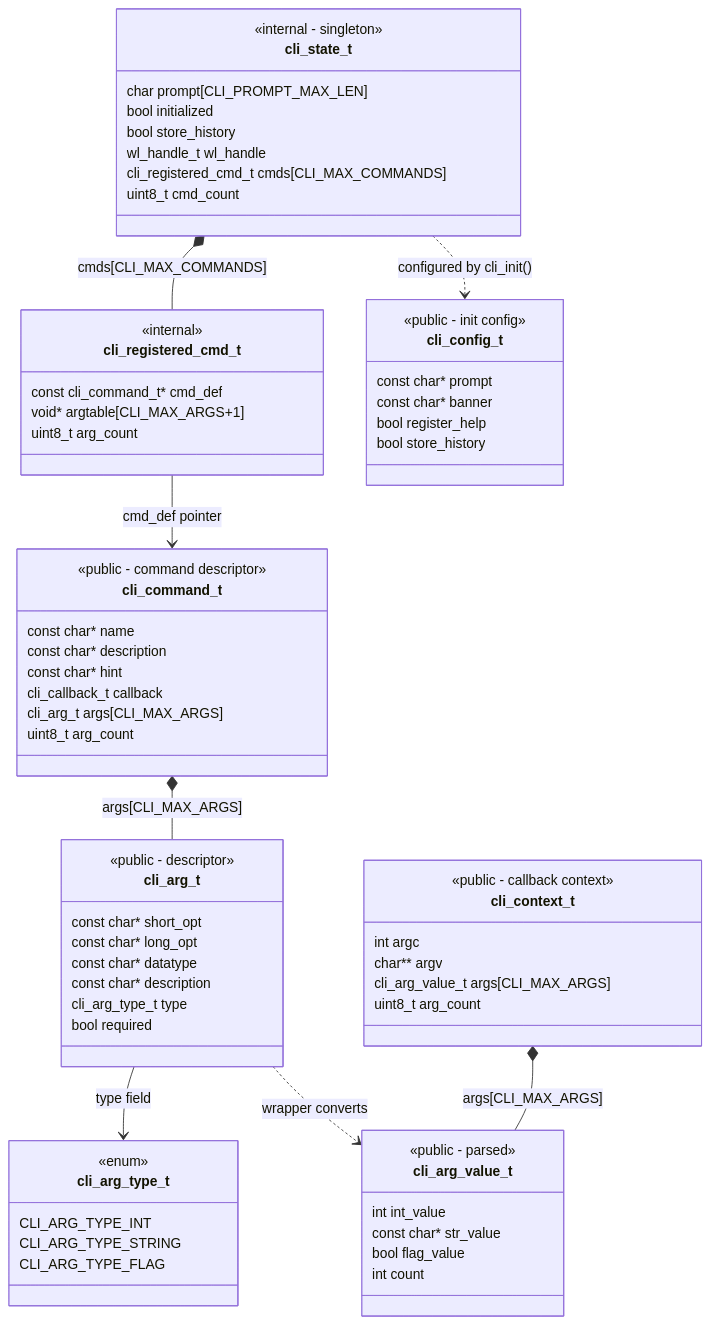
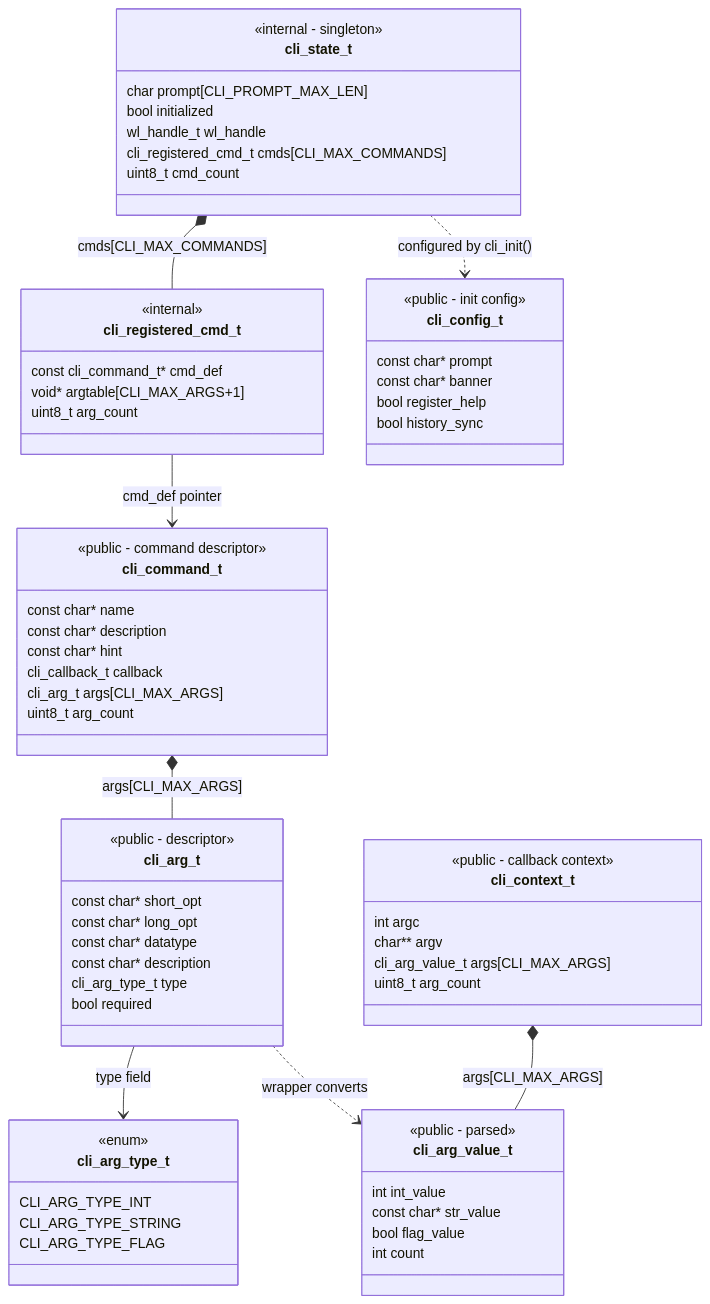
The diagram in README.md (PedroLuisDionisioFraga/esp32s3_cli-api), drawn with Mermaid before and after one commit. The commit also changed other lines of this file and 16 other files, not shown here.

````diff
--- a/README.md
+++ b/README.md
@@ -111,80 +104,79 @@
 ```mermaid
 classDiagram
     direction TB
 
     class cli_arg_type_t {
         <<enum>>
         CLI_ARG_TYPE_INT
         CLI_ARG_TYPE_STRING
         CLI_ARG_TYPE_FLAG
     }
 
     class cli_arg_t {
         <<public - descriptor>>
         const char* short_opt
         const char* long_opt
         const char* datatype
         const char* description
         cli_arg_type_t type
         bool required
     }
 
     class cli_arg_value_t {
         <<public - parsed>>
         int int_value
         const char* str_value
         bool flag_value
         int count
     }
 
     class cli_context_t {
         <<public - callback context>>
         int argc
         char** argv
         cli_arg_value_t args[CLI_MAX_ARGS]
         uint8_t arg_count
     }
 
     class cli_command_t {
         <<public - command descriptor>>
         const char* name
         const char* description
         const char* hint
         cli_callback_t callback
         cli_arg_t args[CLI_MAX_ARGS]
         uint8_t arg_count
     }
 
     class cli_config_t {
         <<public - init config>>
         const char* prompt
         const char* banner
         bool register_help
-        bool store_history
+        bool history_sync
     }
 
     class cli_registered_cmd_t {
         <<internal>>
         const cli_command_t* cmd_def
         void* argtable[CLI_MAX_ARGS+1]
         uint8_t arg_count
     }
 
     class cli_state_t {
         <<internal - singleton>>
         char prompt[CLI_PROMPT_MAX_LEN]
         bool initialized
-        bool store_history
         wl_handle_t wl_handle
         cli_registered_cmd_t cmds[CLI_MAX_COMMANDS]
         uint8_t cmd_count
     }
 
     cli_arg_t --> cli_arg_type_t : type field
     cli_command_t *-- cli_arg_t : args[CLI_MAX_ARGS]
     cli_context_t *-- cli_arg_value_t : args[CLI_MAX_ARGS]
     cli_registered_cmd_t --> cli_command_t : cmd_def pointer
     cli_state_t *-- cli_registered_cmd_t : cmds[CLI_MAX_COMMANDS]
     cli_state_t ..> cli_config_t : configured by cli_init()
     cli_arg_t ..> cli_arg_value_t : wrapper converts
 ```
````
